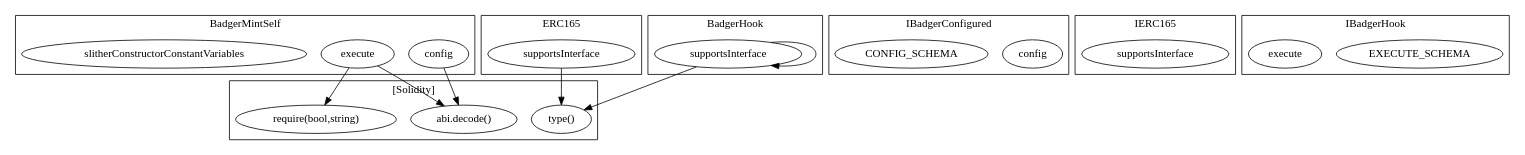
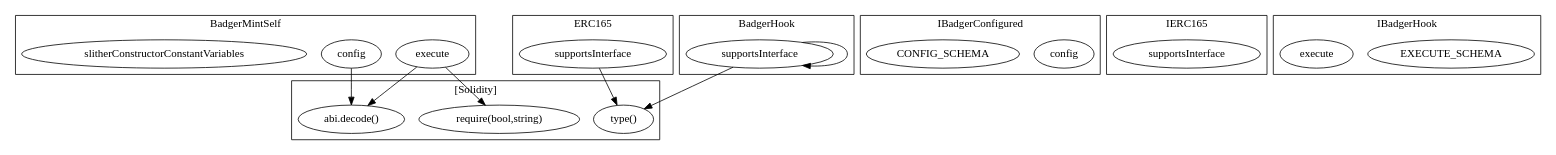
The diagram in contracts/build/...BadgerMintSelf.call-graph.dot (FlipsideCrypto/badger), drawn with Graphviz before and after one commit. The commit also changed other lines of this file and 20 other files, not shown here.

```diff
--- a/contracts/build/...BadgerMintSelf.call-graph.dot
+++ b/contracts/build/...BadgerMintSelf.call-graph.dot
@@ -1,36 +1,36 @@
 strict digraph {
 subgraph cluster_5890_BadgerMintSelf {
 label = "BadgerMintSelf"
+"5890_execute" [label="execute"]
 "5890_config" [label="config"]
-"5890_execute" [label="execute"]
 "5890_slitherConstructorConstantVariables" [label="slitherConstructorConstantVariables"]
 }subgraph cluster_6468_IBadgerConfigured {
 label = "IBadgerConfigured"
 "6468_config" [label="config"]
 "6468_CONFIG_SCHEMA" [label="CONFIG_SCHEMA"]
 }subgraph cluster_3081_ERC165 {
 label = "ERC165"
 "3081_supportsInterface" [label="supportsInterface"]
 }subgraph cluster_3093_IERC165 {
 label = "IERC165"
 "3093_supportsInterface" [label="supportsInterface"]
 }subgraph cluster_6488_IBadgerHook {
 label = "IBadgerHook"
 "6488_EXECUTE_SCHEMA" [label="EXECUTE_SCHEMA"]
 "6488_execute" [label="execute"]
 }subgraph cluster_4956_BadgerHook {
 label = "BadgerHook"
 "4956_supportsInterface" [label="supportsInterface"]
 "4956_supportsInterface" -> "4956_supportsInterface"
 }subgraph cluster_solidity {
 label = "[Solidity]"
-"type()" 
 "require(bool,string)" 
 "abi.decode()" 
+"type()" 
+"5890_execute" -> "require(bool,string)"
+"5890_execute" -> "abi.decode()"
 "5890_config" -> "abi.decode()"
 "3081_supportsInterface" -> "type()"
-"5890_execute" -> "require(bool,string)"
 "4956_supportsInterface" -> "type()"
-"5890_execute" -> "abi.decode()"
 }
 }
```
